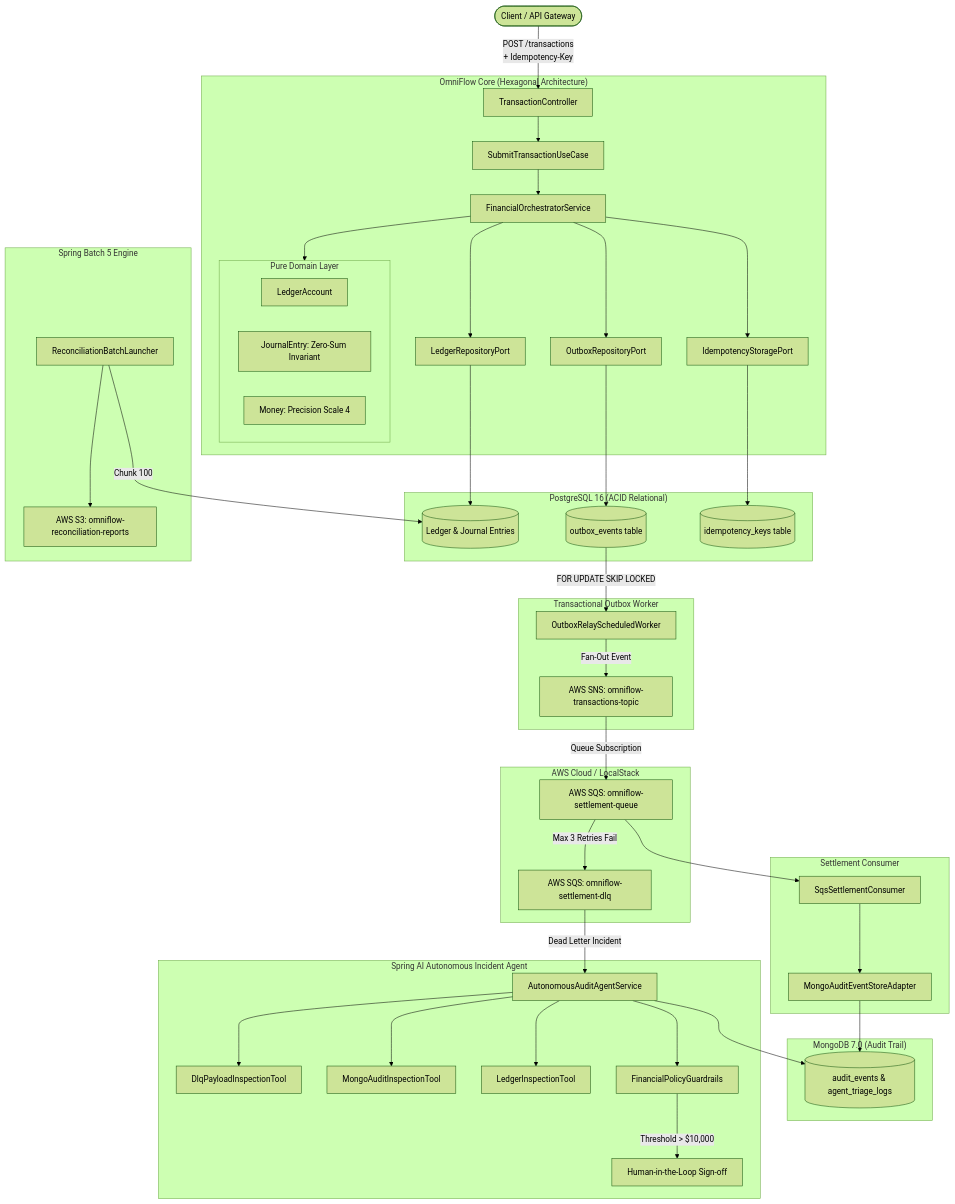
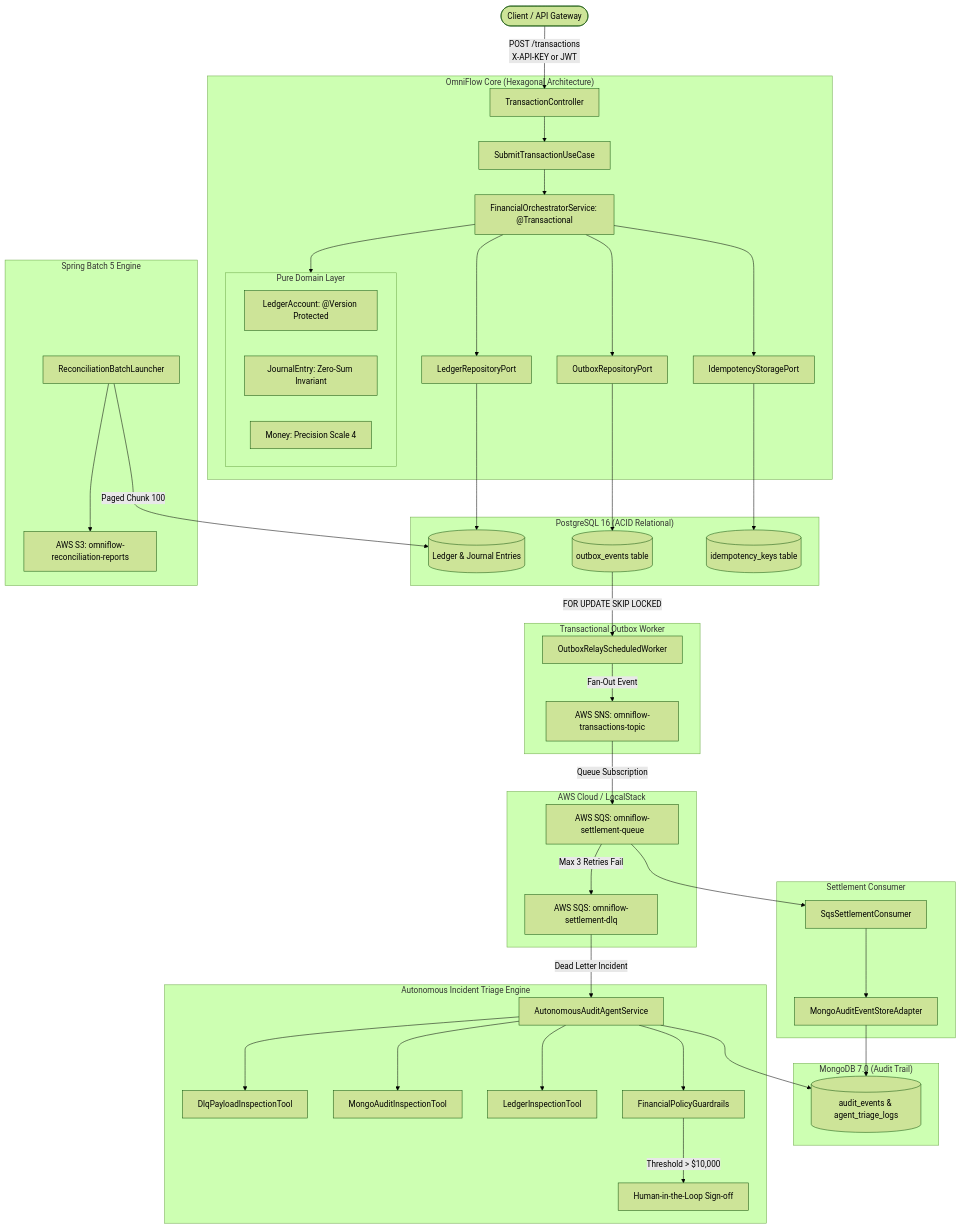
The diagram in README.md (MickaelGeronimo/omniflow), drawn with Mermaid (forest theme) before and after one commit. The commit also changed other lines of this file and 3 other files, not shown here.

````diff
--- a/README.md
+++ b/README.md
@@ -29,60 +30,60 @@
 ```mermaid
 flowchart TD
-    Client([Client / API Gateway]) -->|POST /transactions<br>+ Idempotency-Key| WebAdapter[TransactionController]
+    Client([Client / API Gateway]) -->|POST /transactions<br>X-API-KEY or JWT| WebAdapter[TransactionController]
 
     subgraph Core ["OmniFlow Core (Hexagonal Architecture)"]
         WebAdapter --> InPort[SubmitTransactionUseCase]
-        InPort --> Orchestrator[FinancialOrchestratorService]
+        InPort --> Orchestrator[FinancialOrchestratorService: @Transactional]
 
         subgraph Domain ["Pure Domain Layer"]
-            LedgerAccount[LedgerAccount]
+            LedgerAccount[LedgerAccount: @Version Protected]
             JournalEntry[JournalEntry: Zero-Sum Invariant]
             Money[Money: Precision Scale 4]
         end
 
         Orchestrator --> Domain
         Orchestrator --> OutboxPort[OutboxRepositoryPort]
         Orchestrator --> LedgerPort[LedgerRepositoryPort]
         Orchestrator --> IdempPort[IdempotencyStoragePort]
     end
 
     subgraph PostgreSQL ["PostgreSQL 16 (ACID Relational)"]
         LedgerPort --> PG_Ledger[(Ledger & Journal Entries)]
         OutboxPort --> PG_Outbox[(outbox_events table)]
         IdempPort --> PG_Idemp[(idempotency_keys table)]
     end
 
     subgraph OutboxWorker ["Transactional Outbox Worker"]
         PG_Outbox -->|FOR UPDATE SKIP LOCKED| OutboxRelay[OutboxRelayScheduledWorker]
         OutboxRelay -->|Fan-Out Event| SNS[AWS SNS: omniflow-transactions-topic]
     end
 
     subgraph AWS ["AWS Cloud / LocalStack"]
         SNS -->|Queue Subscription| SQS[AWS SQS: omniflow-settlement-queue]
         SQS -->|Max 3 Retries Fail| DLQ[AWS SQS: omniflow-settlement-dlq]
     end
 
     subgraph Consumer ["Settlement Consumer"]
         SQS --> SqsListener[SqsSettlementConsumer]
         SqsListener --> MongoStore[MongoAuditEventStoreAdapter]
     end
 
     subgraph MongoDB ["MongoDB 7.0 (Audit Trail)"]
         MongoStore --> MongoDocs[(audit_events & agent_triage_logs)]
     end
 
-    subgraph AIAgent ["Spring AI Autonomous Incident Agent"]
+    subgraph AIAgent ["Autonomous Incident Triage Engine"]
         DLQ -->|Dead Letter Incident| AgentService[AutonomousAuditAgentService]
         AgentService --> Tool1[DlqPayloadInspectionTool]
         AgentService --> Tool2[MongoAuditInspectionTool]
         AgentService --> Tool3[LedgerInspectionTool]
         AgentService --> Guardrail[FinancialPolicyGuardrails]
         Guardrail -->|Threshold > $10,000| HITL[Human-in-the-Loop Sign-off]
         AgentService --> MongoDocs
     end
 
     subgraph Batch ["Spring Batch 5 Engine"]
-        BatchLauncher[ReconciliationBatchLauncher] -->|Chunk 100| PG_Ledger
+        BatchLauncher[ReconciliationBatchLauncher] -->|Paged Chunk 100| PG_Ledger
         BatchLauncher --> S3[AWS S3: omniflow-reconciliation-reports]
     end
 ```
````
